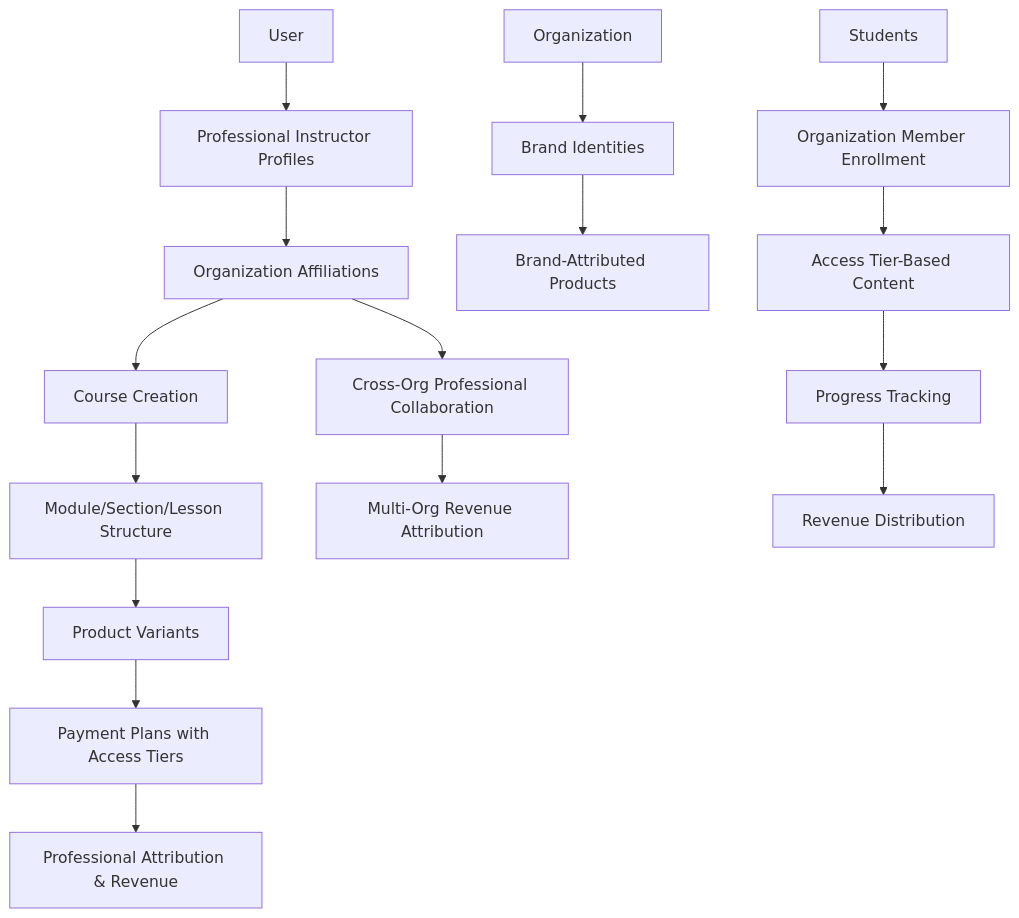
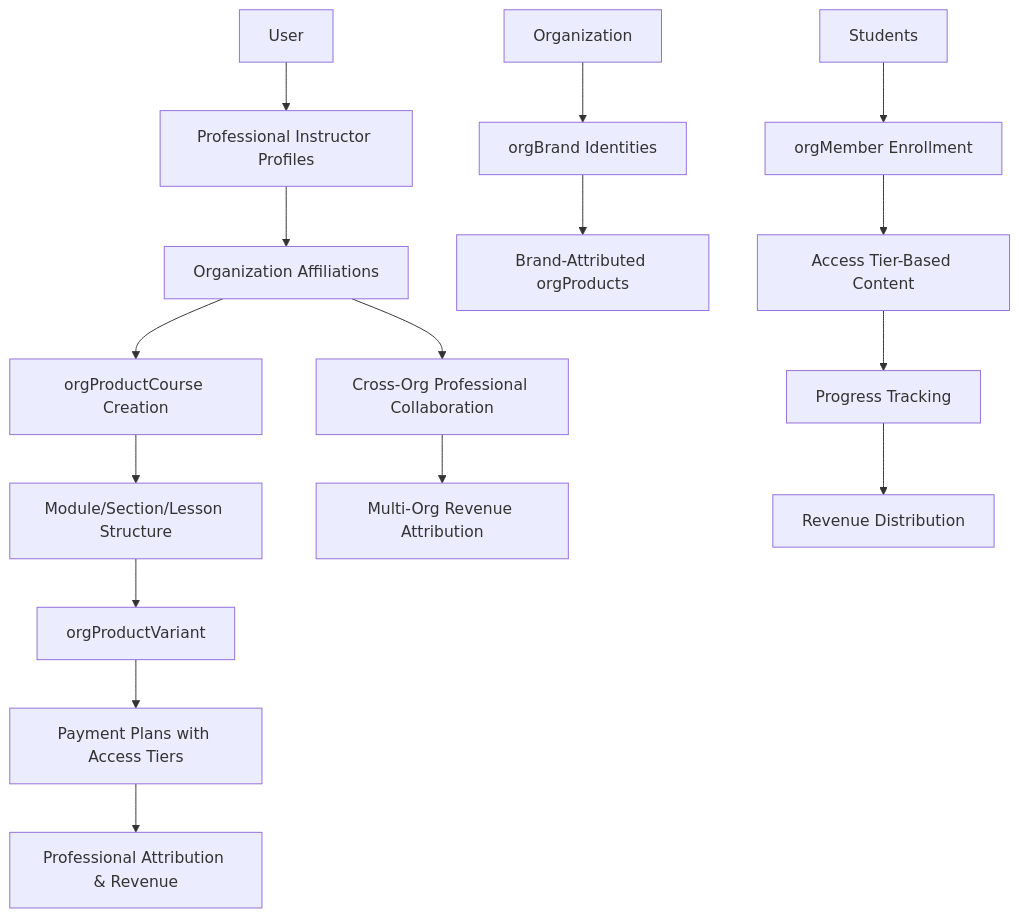
The second of 4 diagrams in apps/volmify/src/server/libs/db/schema/README.md (DreamEcho100/maze), drawn with Mermaid before and after one commit. The commit also changed other lines of this file and 1 other file, not shown here.

Commit message:
refactor(schema): update product and translation table names for organization consistency

````diff
--- a/apps/volmify/src/server/libs/db/schema/README.md
+++ b/apps/volmify/src/server/libs/db/schema/README.md
@@ -168,21 +189,21 @@
 ```mermaid
 graph TD
     A[User] --> B[Professional Instructor Profiles]
     B --> C[Organization Affiliations]
-    C --> D[Course Creation]
+    C --> D[orgProductCourse Creation]
     D --> E[Module/Section/Lesson Structure]
-    E --> F[Product Variants]
+    E --> F[orgProductVariant]
     F --> G[Payment Plans with Access Tiers]
     G --> H[Professional Attribution & Revenue]
     
-    I[Organization] --> J[Brand Identities]
-    J --> K[Brand-Attributed Products]
+    I[Organization] --> J[orgBrand Identities]
+    J --> K[Brand-Attributed orgProducts]
     
     C --> L[Cross-Org Professional Collaboration]
     L --> M[Multi-Org Revenue Attribution]
     
-    N[Students] --> O[Organization Member Enrollment]
+    N[Students] --> O[orgMember Enrollment]
     O --> P[Access Tier-Based Content]
     P --> Q[Progress Tracking]
     Q --> R[Revenue Distribution]
 ```
````
